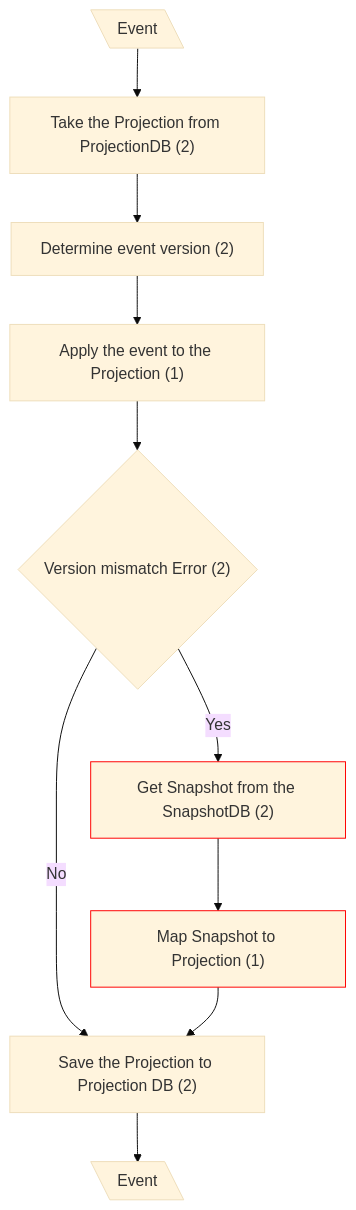
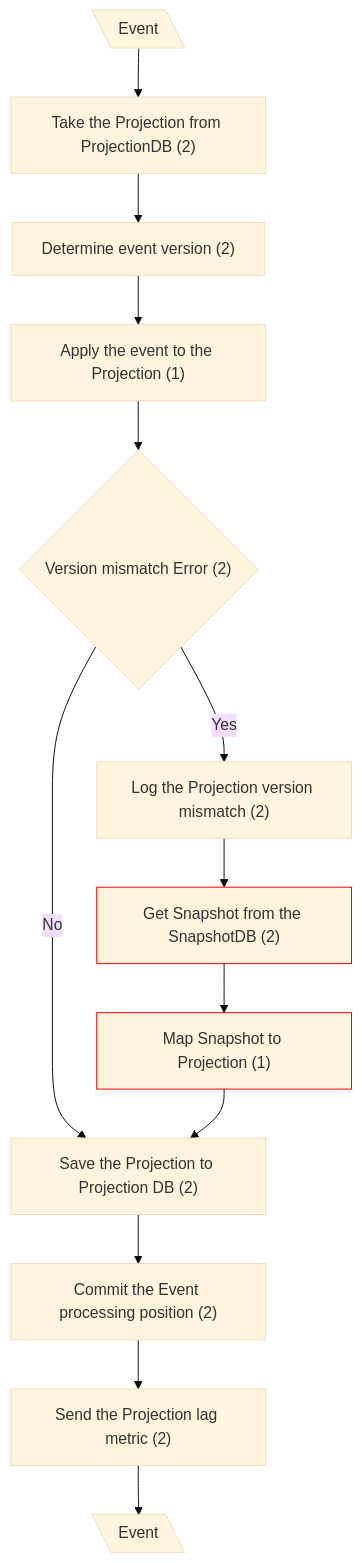
The second of 2 diagrams in docs/CF Complexity/mCQRS -> Classical CQRS/eventual consistency.md (dmitryhruzin/CQRS-variations-test), drawn with Mermaid (base theme) before and after one commit. The commit also changed other lines of this file and 21 other files, not shown here.

````diff
--- a/docs/CF Complexity/mCQRS -> Classical CQRS/eventual consistency.md
+++ b/docs/CF Complexity/mCQRS -> Classical CQRS/eventual consistency.md
@@ -27,14 +30,17 @@
 ```mermaid
 flowchart TD
   classDef mod stroke:#f00
   A@{ shape: lean-l, label: "Event" }
   A --> B["Take the Projection from ProjectionDB (2)"]
   B --> C["Determine event version (2)"]
   C --> D["Apply the event to the Projection (1)"]
   D --> E{"Version mismatch Error (2)"}
   E --"No"--> F["Save the Projection to Projection DB (2)"]
-  E --Yes--> H["Get Snapshot from the SnapshotDB (2)"]:::mod
+  E --Yes--> LG["Log the Projection version mismatch (2)"]
+  LG --> H["Get Snapshot from the SnapshotDB (2)"]:::mod
   H --> L["Map Snapshot to Projection (1)"]:::mod
   L --> F
-  F --> M@{ shape: lean-l, label: "Event" }
+  F --> CP["Commit the Event processing position (2)"]
+  CP --> MT["Send the Projection lag metric (2)"]
+  MT --> M@{ shape: lean-l, label: "Event" }
 ```
````
